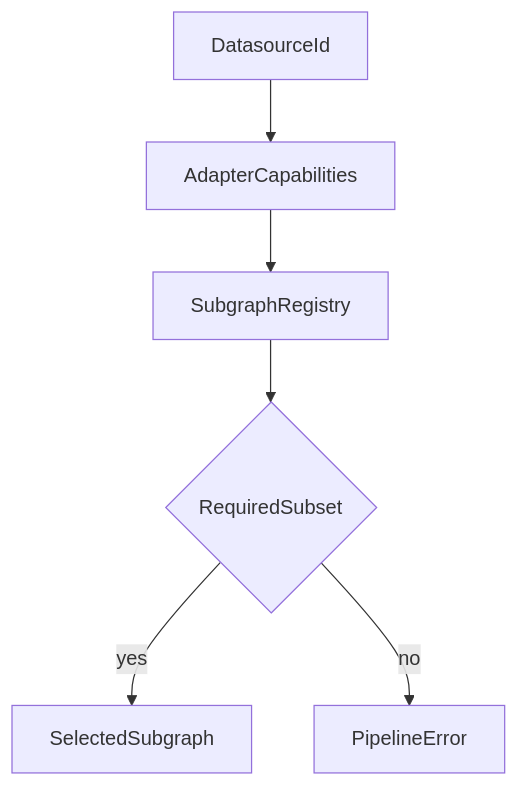
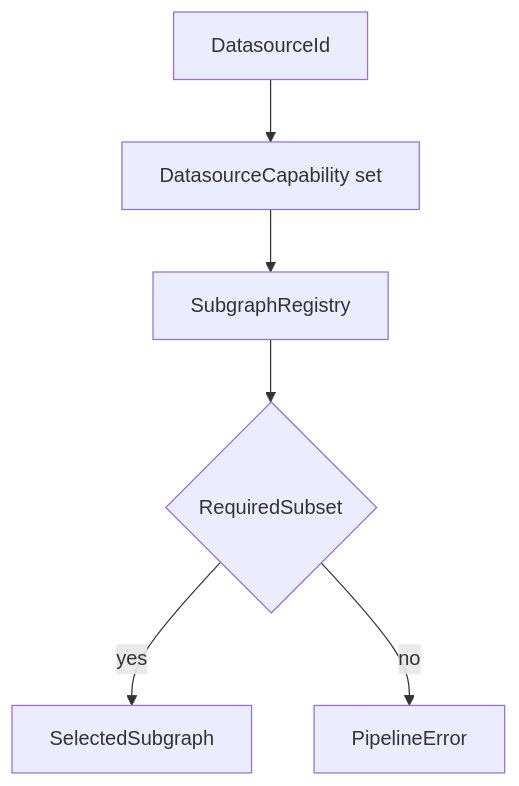
The third of 4 diagrams in docs/architecture/pipeline.md (nadeem4/nl2sql), drawn with Mermaid before and after one commit. The commit also changed other lines of this file and 28 other files, not shown here.

First line of the commit message:
feat(docs): Enhance architecture documentation with new sections and updates

````diff
--- a/docs/architecture/pipeline.md
+++ b/docs/architecture/pipeline.md
@@ -64,8 +64,8 @@
 ```mermaid
 flowchart TD
-    DatasourceId[DatasourceId] --> Capabilities[AdapterCapabilities]
+    DatasourceId[DatasourceId] --> Capabilities[DatasourceCapability set]
     Capabilities --> SubgraphRegistry[SubgraphRegistry]
     SubgraphRegistry --> Match{RequiredSubset}
     Match -->|yes| Subgraph[SelectedSubgraph]
     Match -->|no| Error[PipelineError]
 ```
````
